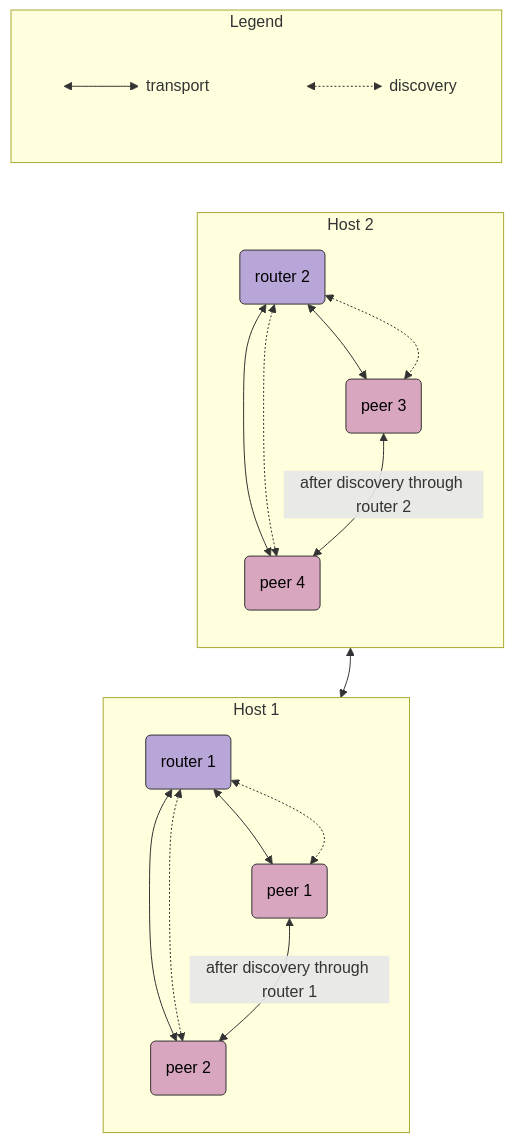
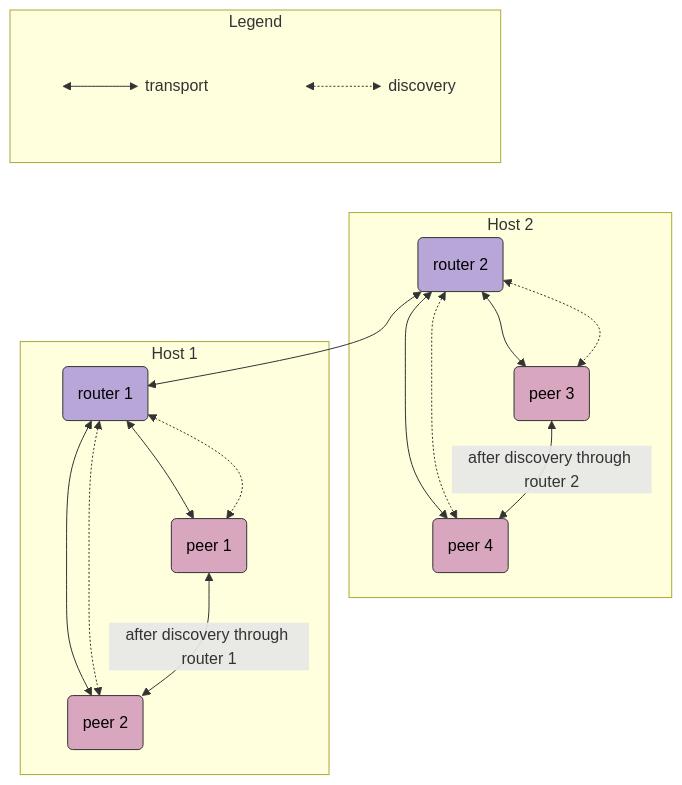
One commit to thelollipopman/rmw_zenoh_demo changed the first of 3 diagrams in README.md. Above: the diagram before and after it, drawn with Mermaid. The commit also changed other lines of this file, not shown here.

Commit message:
testing out removing direction from mermaid diagram subgraph; avoiding github rendering bug

````diff
--- a/README.md
+++ b/README.md
@@ -189,48 +189,46 @@
 ```mermaid
 flowchart TD
   subgraph h2 [Host 2]
-    direction TD
     idr2(router 2)
     idp3(peer 3) 
     idp4(peer 4)
     idr2<-->idp3
     idr2<-.->idp3 
     idr2<-->idp4
     idr2<-.->idp4
     idp3<--after discovery through router 2-->idp4
   end
   subgraph h1 [Host 1]
-    direction TD
     idr1(router 1)
     idp1(peer 1) 
     idp2(peer 2)
     idr1<-->idp1
     idr1<-.->idp1 
     idr1<-->idp2
     idr1<-.->idp2
     idp1<--after discovery through router 1-->idp2
   end
   idr2<-->idr1
   LH1(( ))
   RH1(( transport ))
   LH2(( ))
   RH2(( discovery ))
   subgraph legend [Legend]
     direction LR
     LH1<-->RH1
     LH2<-.->RH2
     RH1~~~LH2
   end
 
   legend~~~h1
   legend~~~h2
 
   classDef hidden fill:#00000000,stroke:#00000000,width:0px,height:0px;
   classDef router fill:#b8a6d9,stroke:#333,stroke-width:1px,color:#000;
   classDef peer fill:#d9a6bf,stroke:#333,stroke-width:1px,color:#000;
   classDef legend fill:#fff,stroke:#999,stroke-width:1px,color:#000;
   classDef invisible fill:none, stroke:none, color:transparent;
     class LH1,RH1,LH2,RH2 hidden;
     class idr1,idr2 router;
     class idp1,idp2,idp3,idp4 peer;
 ```
````
